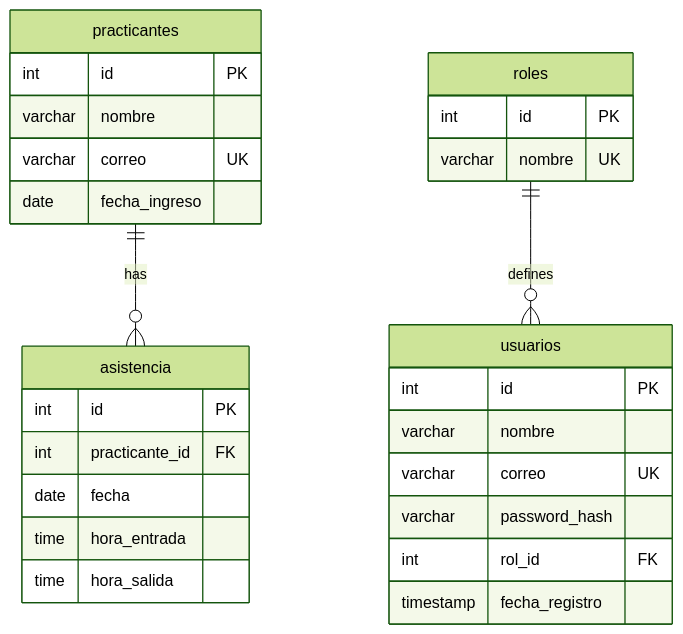
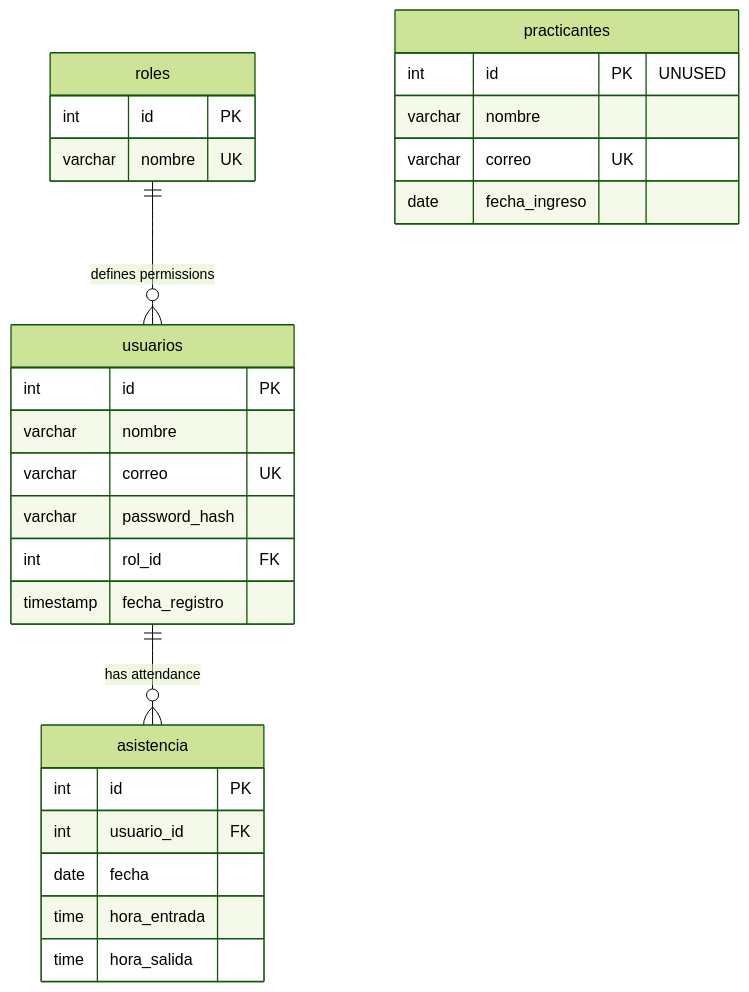
One commit to mintlify-atlas/docs-atlas-a2a7917f changed the diagram in database/overview.mdx. Above: the diagram before and after it, drawn with Mermaid (forest theme). The commit also changed other lines of this file and 8 other files, not shown here.

````diff
--- a/database/overview.mdx
+++ b/database/overview.mdx
@@ -69,34 +74,34 @@
 ```mermaid
 erDiagram
-    practicantes ||--o{ asistencia : "has"
-    roles ||--o{ usuarios : "defines"
+    usuarios ||--o{ asistencia : "has attendance"
+    roles ||--o{ usuarios : "defines permissions"
     
-    practicantes {
+    usuarios {
         int id PK
         varchar nombre
         varchar correo UK
-        date fecha_ingreso
+        varchar password_hash
+        int rol_id FK
+        timestamp fecha_registro
     }
     
     asistencia {
         int id PK
-        int practicante_id FK
+        int usuario_id FK
         date fecha
         time hora_entrada
         time hora_salida
     }
     
     roles {
         int id PK
         varchar nombre UK
     }
     
-    usuarios {
-        int id PK
+    practicantes {
+        int id PK "UNUSED"
         varchar nombre
         varchar correo UK
-        varchar password_hash
-        int rol_id FK
-        timestamp fecha_registro
+        date fecha_ingreso
     }
 ```
````
